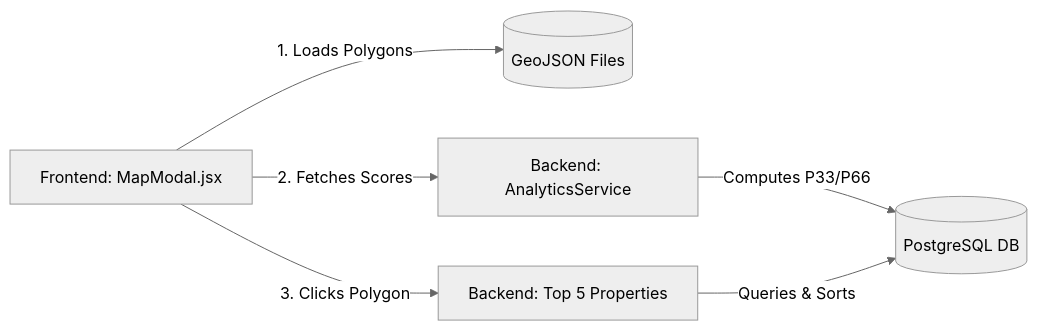
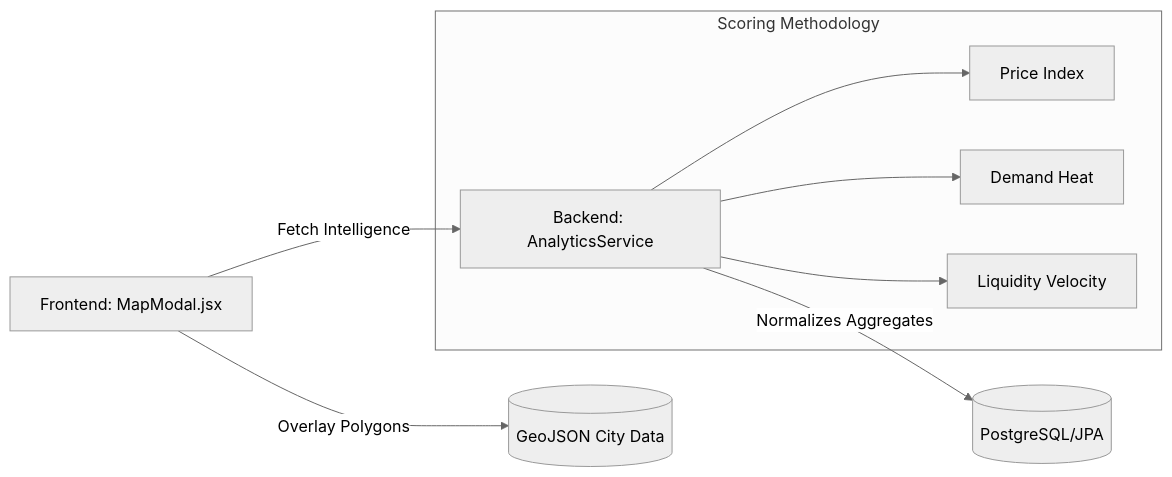
The diagram in HEATMAP.md (HC-28/urban-nest), drawn with Mermaid (neutral theme) before and after one commit. The commit also changed other lines of this file and 9 other files, not shown here.

Commit message:
Refactor: fix mobile CSS, switch to SVGs, and tighten up Google signup flow

````diff
--- a/HEATMAP.md
+++ b/HEATMAP.md
@@ -11,9 +11,12 @@
 ```mermaid
 graph LR
-    A[Frontend: MapModal.jsx] -->|1. Loads Polygons| B[(GeoJSON Files)]
-    A -->|2. Fetches Scores| C[Backend: AnalyticsService]
-    A -->|3. Clicks Polygon| D[Backend: Top 5 Properties]
+    A[Frontend: MapModal.jsx] -->|Overlay Polygons| B[(GeoJSON City Data)]
+    A -->|Fetch Intelligence| C[Backend: AnalyticsService]
+    C -->|Normalizes Aggregates| D[(PostgreSQL/JPA)]
     
-    C -->|Computes P33/P66| E[(PostgreSQL DB)]
-    D -->|Queries & Sorts| E
+    subgraph "Scoring Methodology"
+        C --> E[Price Index]
+        C --> F[Demand Heat]
+        C --> G[Liquidity Velocity]
+    end
 ```
````
